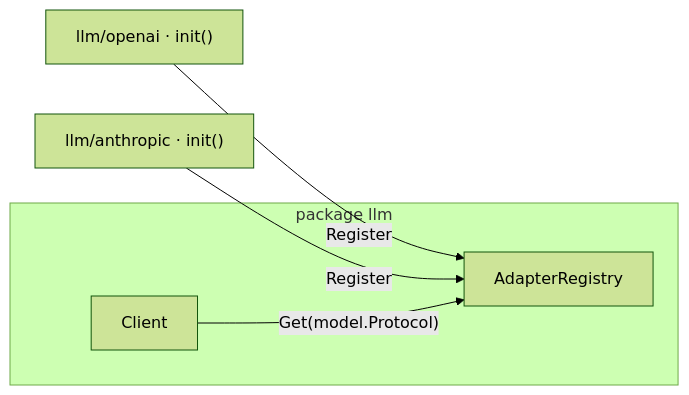
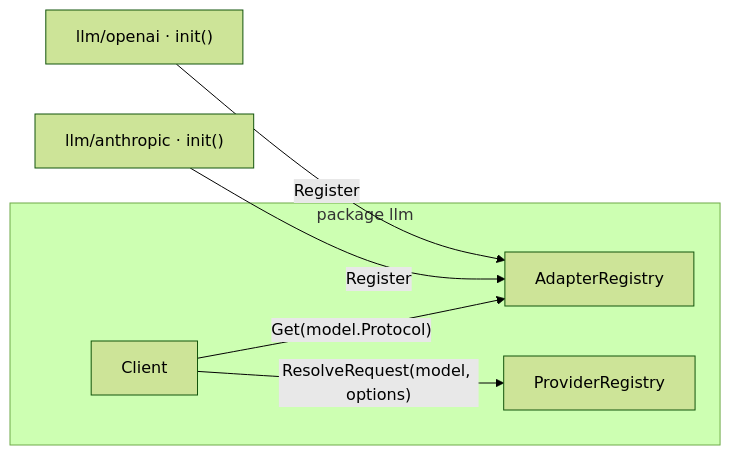
The first of 2 diagrams in docs/internals/overview.zh.md (ktsoator/or), drawn with Mermaid (forest theme) before and after one commit. The commit also changed other lines of this file and 1 other file, not shown here.

Commit message:
docs(internals): reflect provider runtime in architecture overview (#81)

````diff
--- a/docs/internals/overview.zh.md
+++ b/docs/internals/overview.zh.md
@@ -37,10 +38,12 @@
 ```mermaid
 flowchart LR
     subgraph core["package llm"]
         R["AdapterRegistry"]
+        P["ProviderRegistry"]
         C["Client"]
     end
     OA["llm/openai · init()"] -->|Register| R
     AN["llm/anthropic · init()"] -->|Register| R
+    C -->|"ResolveRequest(model, options)"| P
     C -->|"Get(model.Protocol)"| R
 ```
````
